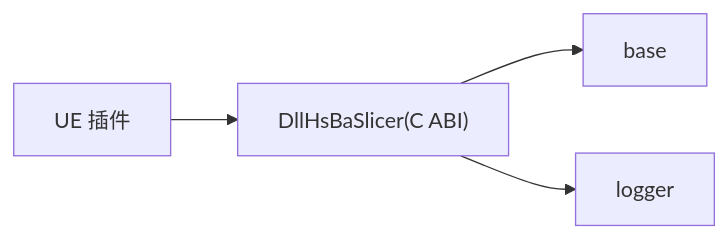
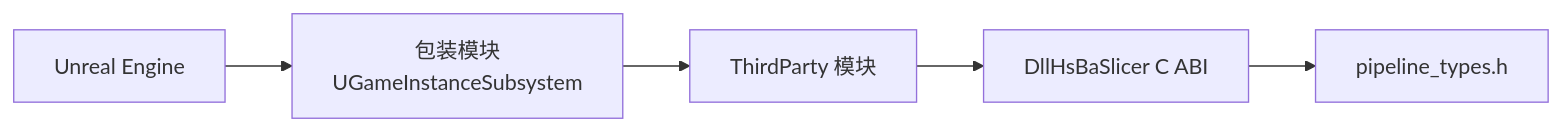
Before and after one commit to hsmbanlance/HsBaSlicer: the seventh of 7 diagrams in .qoder/repowiki/zh/content/集成指南/游戏引擎集成/Unreal Engine 集成.md, drawn with Mermaid. The commit also changed other lines of this file and 1135 other files, not shown here.

````diff
--- a/.qoder/repowiki/zh/content/集成指南/游戏引擎集成/Unreal Engine 集成.md
+++ b/.qoder/repowiki/zh/content/集成指南/游戏引擎集成/Unreal Engine 集成.md
@@ -148,6 +239,7 @@
 ```mermaid
 graph LR
-UEPlugin["UE 插件"] --> DLL["DllHsBaSlicer(C ABI)"]
-DLL --> Base["base"]
-DLL --> Logger["logger"]
+UE["Unreal Engine"] --> Wrapper["包装模块<br/>UGameInstanceSubsystem"]
+Wrapper --> ThirdParty["ThirdParty 模块"]
+ThirdParty --> ABI["DllHsBaSlicer C ABI"]
+ABI --> Types["pipeline_types.h"]
 ```
````
